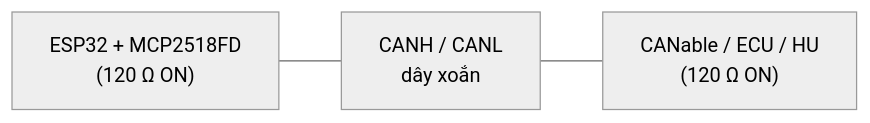
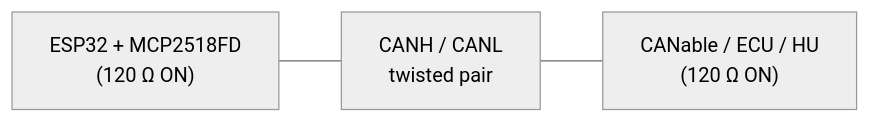
Before and after one commit to Thuongst97/CAN_SIMULATOR: the second of 2 diagrams in docs/ESP32_MCP2518FD_WIRING.md, drawn with Mermaid (neutral theme). The commit also changed other lines of this file and 8 other files, not shown here.

````diff
--- a/docs/ESP32_MCP2518FD_WIRING.md
+++ b/docs/ESP32_MCP2518FD_WIRING.md
@@ -84,4 +91,4 @@
 ```mermaid
 flowchart LR
-    A["ESP32 + MCP2518FD<br/>(120 Ω ON)"] --- B["CANH / CANL<br/>dây xoắn"] --- C["CANable / ECU / HU<br/>(120 Ω ON)"]
+    A["ESP32 + MCP2518FD<br/>(120 Ω ON)"] --- B["CANH / CANL<br/>twisted pair"] --- C["CANable / ECU / HU<br/>(120 Ω ON)"]
 ```
````
